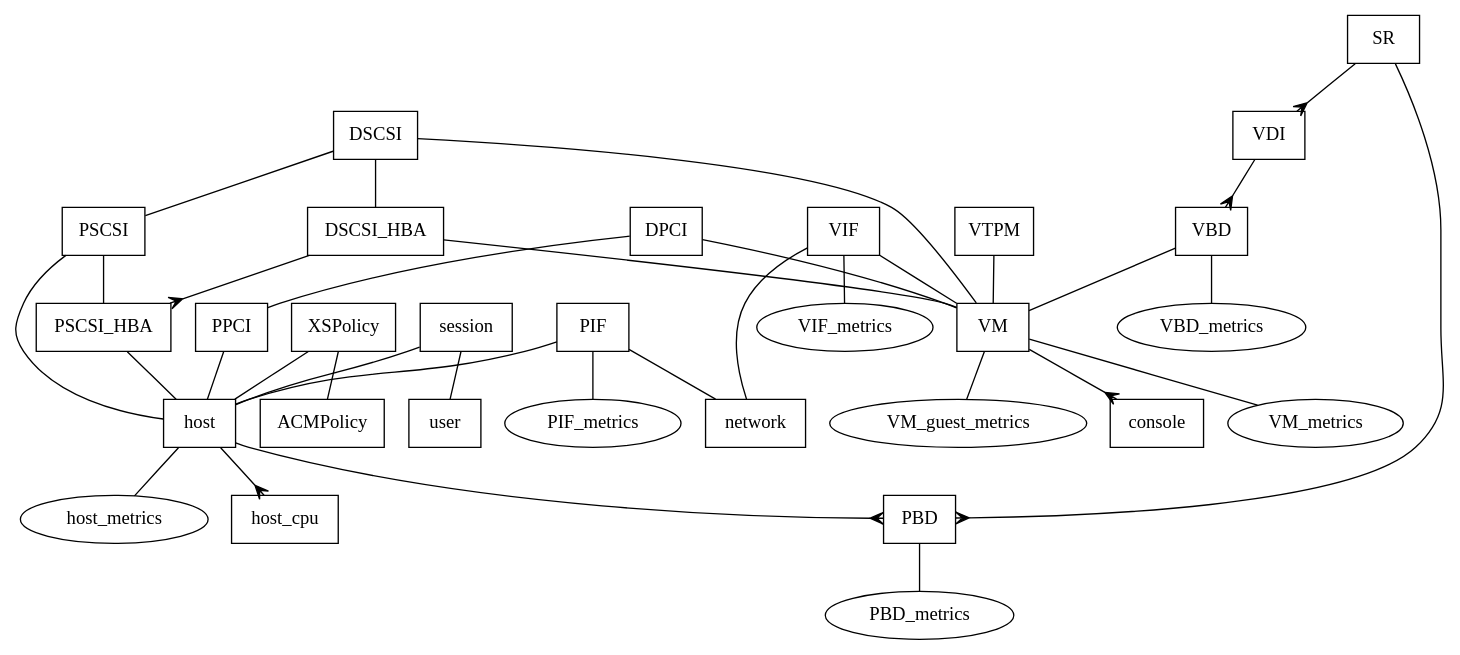
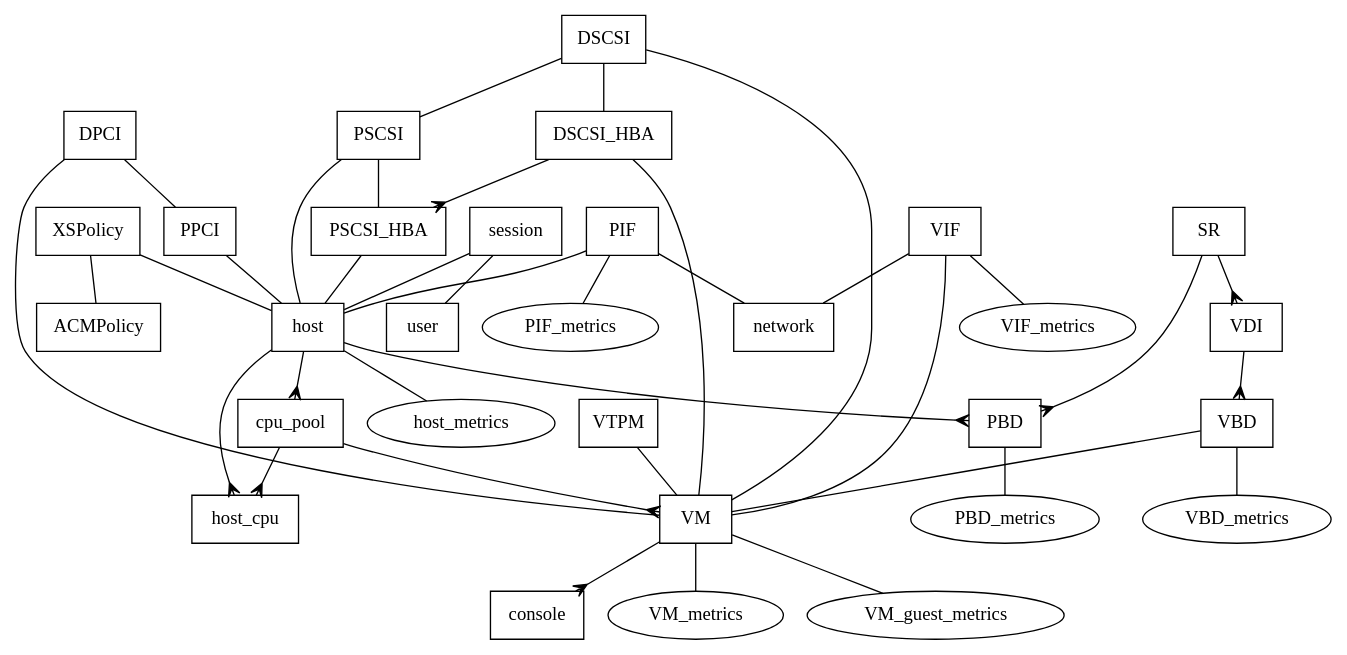
The diagram in docs/xen-api/xenapi-datamodel-graph.dot (xen-project/xen), drawn with Graphviz before and after one commit. The commit also changed 4 other files, not shown here.

```diff
--- a/docs/xen-api/xenapi-datamodel-graph.dot
+++ b/docs/xen-api/xenapi-datamodel-graph.dot
@@ -1,54 +1,57 @@
 #
 # Copyright (c) 2006-2007 XenSource, Inc.
 #
 # Permission is granted to copy, distribute and/or modify this document under
 # the terms of the GNU Free Documentation License, Version 1.2 or any later
 # version published by the Free Software Foundation; with no Invariant
 # Sections, no Front-Cover Texts and no Back-Cover Texts.  A copy of the
 # license is included in the section entitled
 # "GNU Free Documentation License" or the file fdl.tex.
 #
 
 digraph "Xen-API Class Diagram" {
 fontname="Verdana";
 
 node [ shape=box ]; session VM host network VIF PIF SR VDI VBD PBD user;
 node [ shape=box ]; XSPolicy ACMPolicy DPCI PPCI host_cpu console VTPM;
-node [ shape=box ]; DSCSI PSCSI DSCSI_HBA PSCSI_HBA;
+node [ shape=box ]; DSCSI PSCSI DSCSI_HBA PSCSI_HBA cpu_pool;
 node [ shape=ellipse ]; VM_metrics VM_guest_metrics host_metrics;
 node [ shape=ellipse ]; PIF_metrics VIF_metrics VBD_metrics PBD_metrics;
 session -> host [ arrowhead="none" ]
 session -> user [ arrowhead="none" ]
 VM -> VM_metrics [ arrowhead="none" ]
 VM -> VM_guest_metrics [ arrowhead="none" ]
 VM -> console [ arrowhead="crow" ]
 host -> PBD [ arrowhead="crow", arrowtail="none" ]
 host -> host_metrics [ arrowhead="none" ]
 host -> host_cpu [ arrowhead="crow", arrowtail="none" ]
 VIF -> VM [ arrowhead="none", arrowtail="crow" ]
 VIF -> network [ arrowhead="none", arrowtail="crow" ]
 VIF -> VIF_metrics [ arrowhead="none" ]
 PIF -> host [ arrowhead="none", arrowtail="crow" ]
 PIF -> network [ arrowhead="none", arrowtail="crow" ]
 PIF -> PIF_metrics [ arrowhead="none" ]
 SR -> PBD [ arrowhead="crow", arrowtail="none" ]
 PBD -> PBD_metrics [ arrowhead="none" ]
 SR -> VDI [ arrowhead="crow", arrowtail="none" ]
 VDI -> VBD [ arrowhead="crow", arrowtail="none" ]
 VBD -> VM [ arrowhead="none", arrowtail="crow" ]
 VTPM -> VM [ arrowhead="none", arrowtail="crow" ]
 VBD -> VBD_metrics [ arrowhead="none" ]
 XSPolicy -> host [ arrowhead="none" ]
 XSPolicy -> ACMPolicy [ arrowhead="none" ]
 DPCI -> VM [ arrowhead="none", arrowtail="crow" ]
 DPCI -> PPCI [ arrowhead="none" ]
 PPCI -> host [ arrowhead="none", arrowtail="crow" ]
 DSCSI -> VM [ arrowhead="none", arrowtail="crow" ]
 DSCSI_HBA -> VM [ arrowhead="none", arrowtail="crow" ]
 DSCSI -> DSCSI_HBA [ arrowhead="none", arrowtail="crow" ]
 DSCSI -> PSCSI [ arrowhead="none" ]
 DSCSI_HBA -> PSCSI_HBA [ arrowhead="crow", arrowtail="none" ]
 PSCSI -> host [ arrowhead="none", arrowtail="crow" ]
 PSCSI_HBA -> host [ arrowhead="none", arrowtail="crow" ]
 PSCSI -> PSCSI_HBA [ arrowhead="none", arrowtail="crow" ]
+cpu_pool -> host_cpu [ arrowhead="crow", arrowtail="none" ]
+cpu_pool -> VM [ arrowhead="crow", arrowtail="none" ]
+host -> cpu_pool [ arrowhead="crow", arrowtail="none" ]
 }
```
